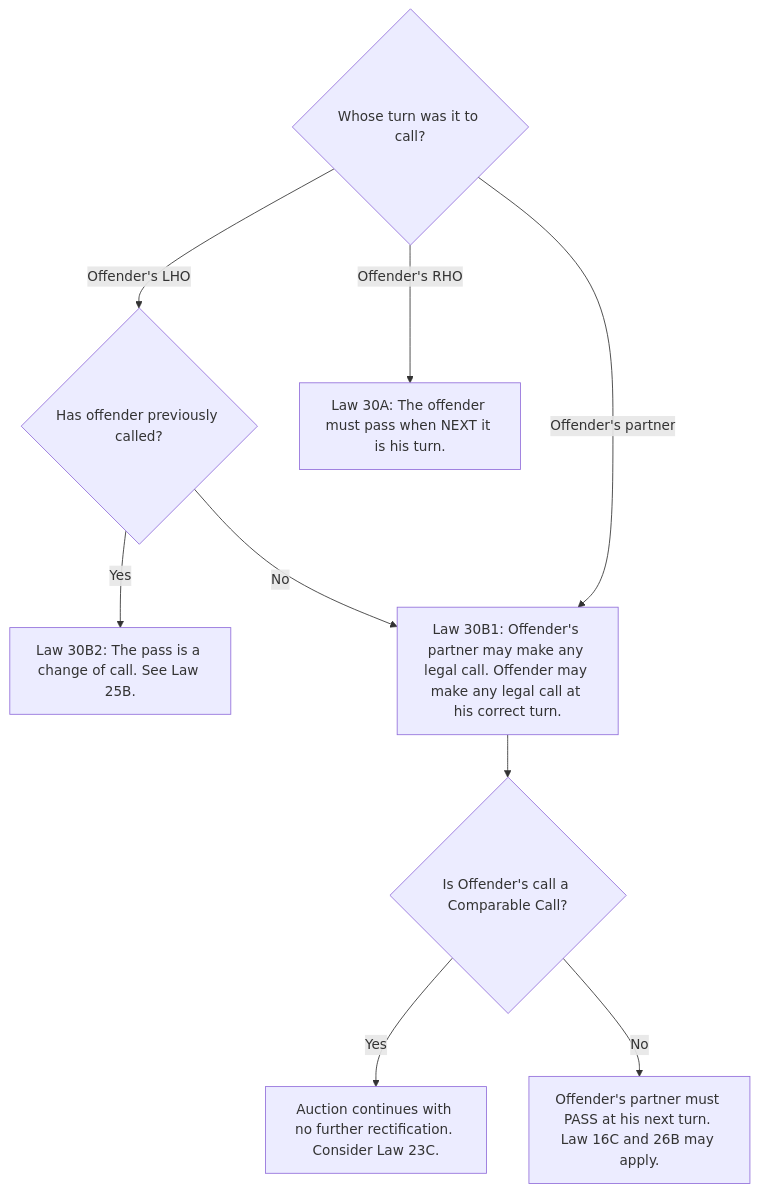
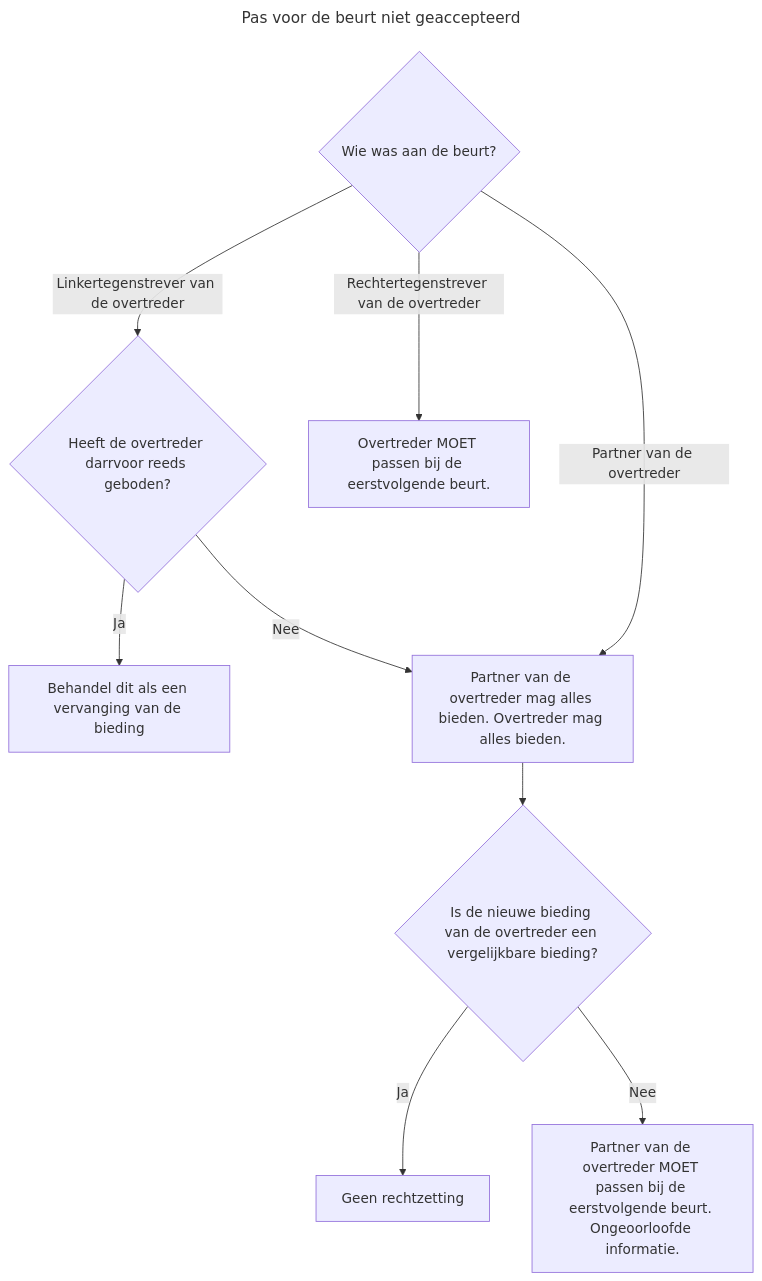
One commit to tcorneli/CTL-instructies changed the diagram in pas-voor-de-beurt-niet-geaccepteerd.md. Above: the diagram before and after it, drawn with Mermaid.

Commit message:
Translate flowchart to Dutch for bidding rules

````diff
--- a/pas-voor-de-beurt-niet-geaccepteerd.md
+++ b/pas-voor-de-beurt-niet-geaccepteerd.md
@@ -1,12 +1,15 @@
 ```mermaid
+---
+title: Pas  voor de beurt niet geaccepteerd
+---
 graph TD
-    A{Whose turn was it to call?}
-    A -->|Offender's LHO| B{Has offender previously called?}
-    B -->|Yes| C[Law 30B2: The pass is a change of call. See Law 25B.]
-    B -->|No| D[Law 30B1: Offender's partner may make any legal call. Offender may make any legal call at his correct turn.]
-    A -->|Offender's partner| D
-    A -->|Offender's RHO| E[Law 30A: The offender must pass when NEXT it is his turn.]
-    D --> F{Is Offender's call a Comparable Call?}
-    F -->|Yes| G[Auction continues with no further rectification. Consider Law 23C.]
-    F -->|No| H[Offender's partner must PASS at his next turn. Law 16C and 26B may apply.]
+    A{Wie was aan de beurt?}
+    A -->|Linkertegenstrever van de overtreder| B{Heeft de overtreder darrvoor reeds geboden?}
+    B -->|Ja| C[Behandel dit als een vervanging van de bieding]
+    B -->|Nee| D[Partner van de overtreder mag alles bieden. Overtreder mag alles bieden.]
+    A -->|Partner van de overtreder| D
+    A -->|Rechtertegenstrever van de overtreder| E[Overtreder MOET passen bij de eerstvolgende beurt.]
+    D --> F{Is de nieuwe bieding van de overtreder een vergelijkbare bieding?}
+    F -->|Ja| G[Geen rechtzetting]
+    F -->|Nee| H[Partner van de overtreder MOET passen bij de eerstvolgende beurt. Ongeoorloofde informatie.]
 ```
````
